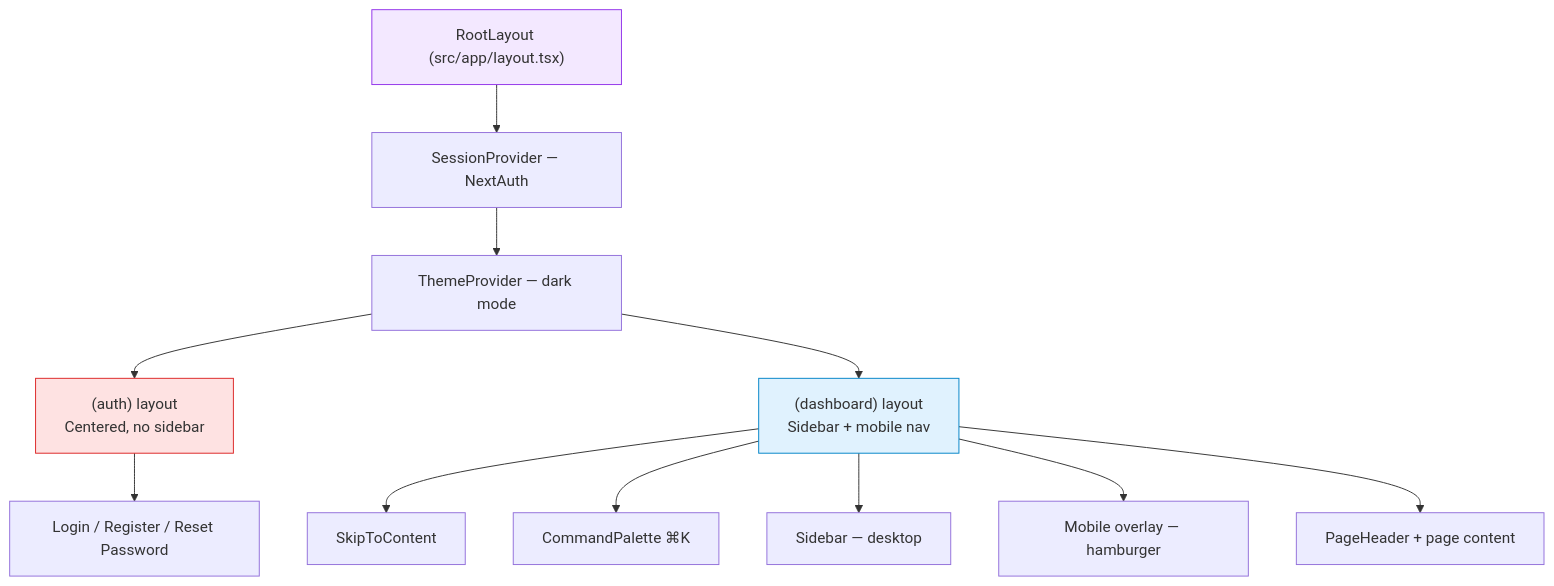
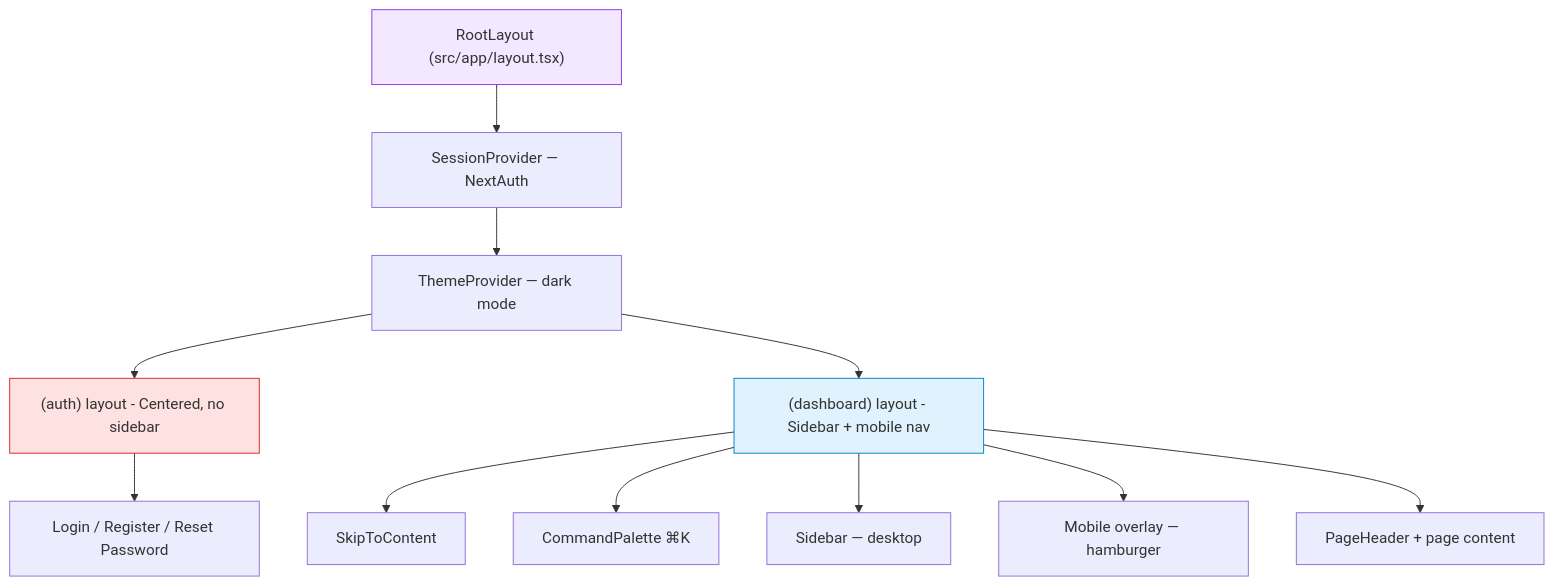
The second of 10 diagrams in docs/ARCHITECTURE.md (jj-shen99/changefabric), drawn with Mermaid before and after one commit. The commit also changed other lines of this file and 10 other files, not shown here.

First line of the commit message:
Fix Mermaid syntax errors, update all docs to v1.3.0

````diff
--- a/docs/ARCHITECTURE.md
+++ b/docs/ARCHITECTURE.md
@@ -163,17 +163,17 @@
 ```mermaid
 graph TB
     ROOT["RootLayout (src/app/layout.tsx)"] --> SP[SessionProvider — NextAuth]
     SP --> THP[ThemeProvider — dark mode]
-    THP --> AL["(auth) layout<br/>Centered, no sidebar"]
-    THP --> DL["(dashboard) layout<br/>Sidebar + mobile nav"]
+    THP --> AL["(auth) layout - Centered, no sidebar"]
+    THP --> DL["(dashboard) layout - Sidebar + mobile nav"]
     AL --> PAGES1[Login / Register / Reset Password]
     DL --> S2C[SkipToContent]
     DL --> CMP[CommandPalette ⌘K]
     DL --> SBD[Sidebar — desktop]
     DL --> MOB[Mobile overlay — hamburger]
     DL --> PGC[PageHeader + page content]
 
     style ROOT fill:#f3e8ff,stroke:#9333ea
     style AL fill:#fee2e2,stroke:#dc2626
     style DL fill:#e0f2fe,stroke:#0284c7
 ```
````
